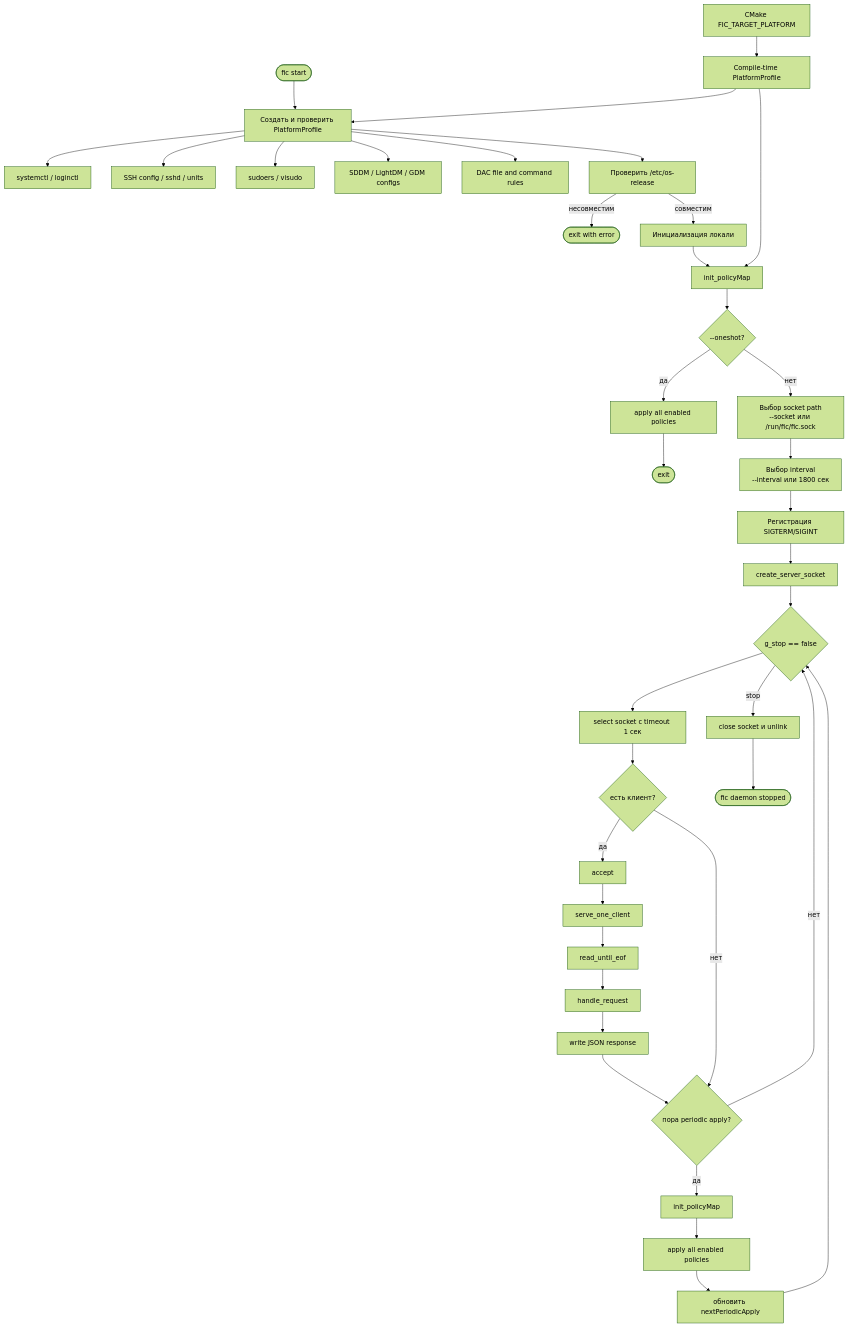
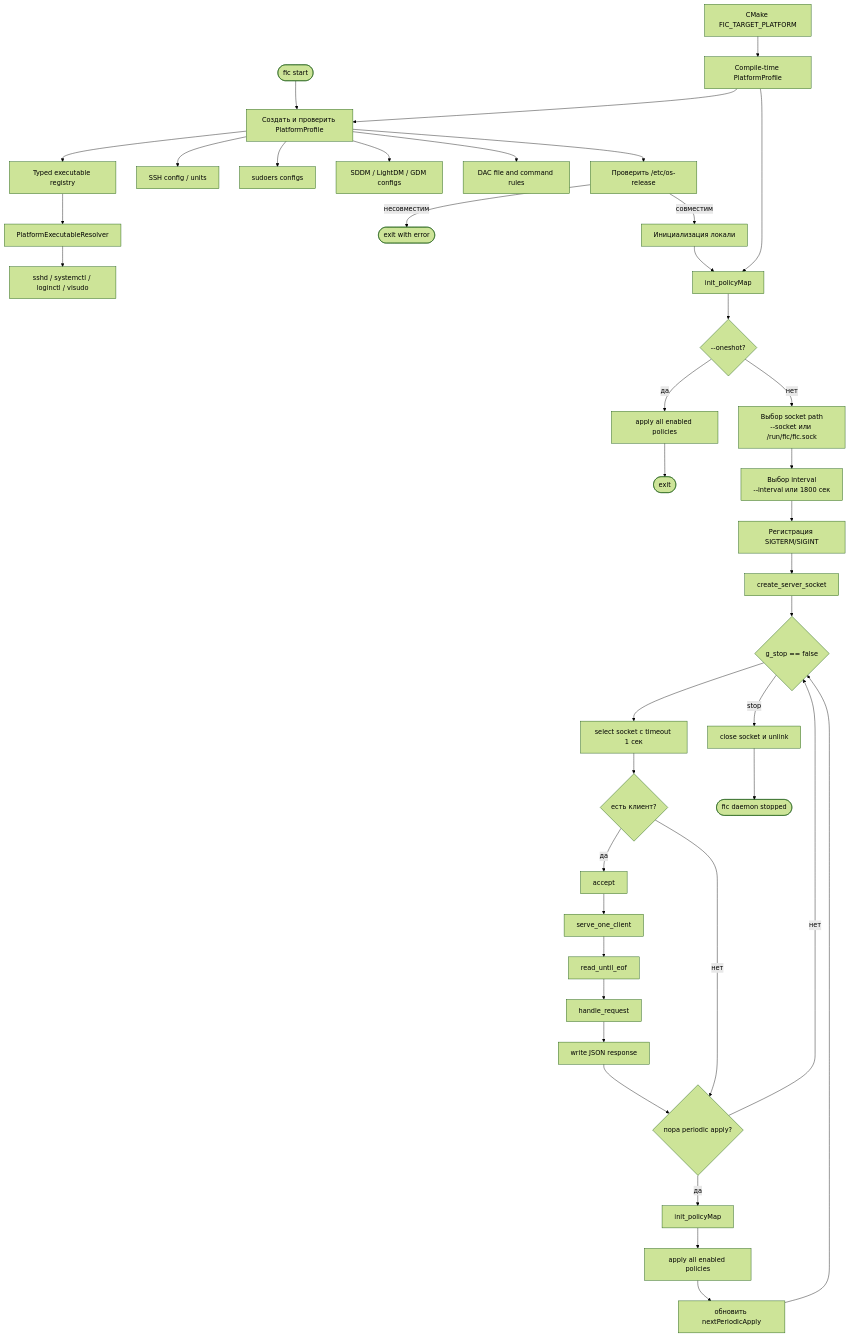
Before and after one commit to RevoltStar/FIC: the third of 14 diagrams in docs/architecture-diagrams.md, drawn with Mermaid (forest theme). The commit also changed other lines of this file and 53 other files, not shown here.

Commit message:
feat: centralize platform executable resolution

````diff
--- a/docs/architecture-diagrams.md
+++ b/docs/architecture-diagrams.md
@@ -130,45 +130,47 @@
 ```mermaid
 flowchart TD
     build[CMake FIC_TARGET_PLATFORM] --> compiled[Compile-time PlatformProfile]
     start([fic start]) --> profile[Создать и проверить PlatformProfile]
     compiled --> profile
-    profile --> tools[systemctl / loginctl]
-    profile --> sshProfile[SSH config / sshd / units]
-    profile --> sudoProfile[sudoers / visudo]
+    profile --> executableRegistry[Typed executable registry]
+    executableRegistry --> resolver[PlatformExecutableResolver]
+    resolver --> tools[sshd / systemctl / loginctl / visudo]
+    profile --> sshProfile[SSH config / units]
+    profile --> sudoProfile[sudoers configs]
     profile --> dmProfile[SDDM / LightDM / GDM configs]
     profile --> dacProfile[DAC file and command rules]
     profile --> osRelease[Проверить /etc/os-release]
     osRelease -->|несовместим| incompatible([exit with error])
     osRelease -->|совместим| locale[Инициализация локали]
     locale --> initMap[init_policyMap]
     compiled --> initMap
     initMap --> oneshot{--oneshot?}
 
     oneshot -->|да| applyOnce[apply all enabled policies]
     applyOnce --> exitOnce([exit])
 
     oneshot -->|нет| socketPath["Выбор socket path<br/>--socket или /run/fic/fic.sock"]
     socketPath --> interval["Выбор interval<br/>--interval или 1800 сек"]
     interval --> signals[Регистрация SIGTERM/SIGINT]
     signals --> createSocket[create_server_socket]
     createSocket --> mainLoop{g_stop == false}
 
     mainLoop --> select[select socket с timeout 1 сек]
     select --> clientReady{есть клиент?}
     clientReady -->|да| accept[accept]
     accept --> serve[serve_one_client]
     serve --> readJson[read_until_eof]
     readJson --> route[handle_request]
     route --> writeJson[write JSON response]
     writeJson --> periodic
 
     clientReady -->|нет| periodic{пора periodic apply?}
     periodic -->|да| reload[init_policyMap]
     reload --> applyAll[apply all enabled policies]
     applyAll --> schedule[обновить nextPeriodicApply]
     schedule --> mainLoop
 
     periodic -->|нет| mainLoop
     mainLoop -->|stop| cleanup[close socket и unlink]
     cleanup --> stopped([fic daemon stopped])
 ```
````
